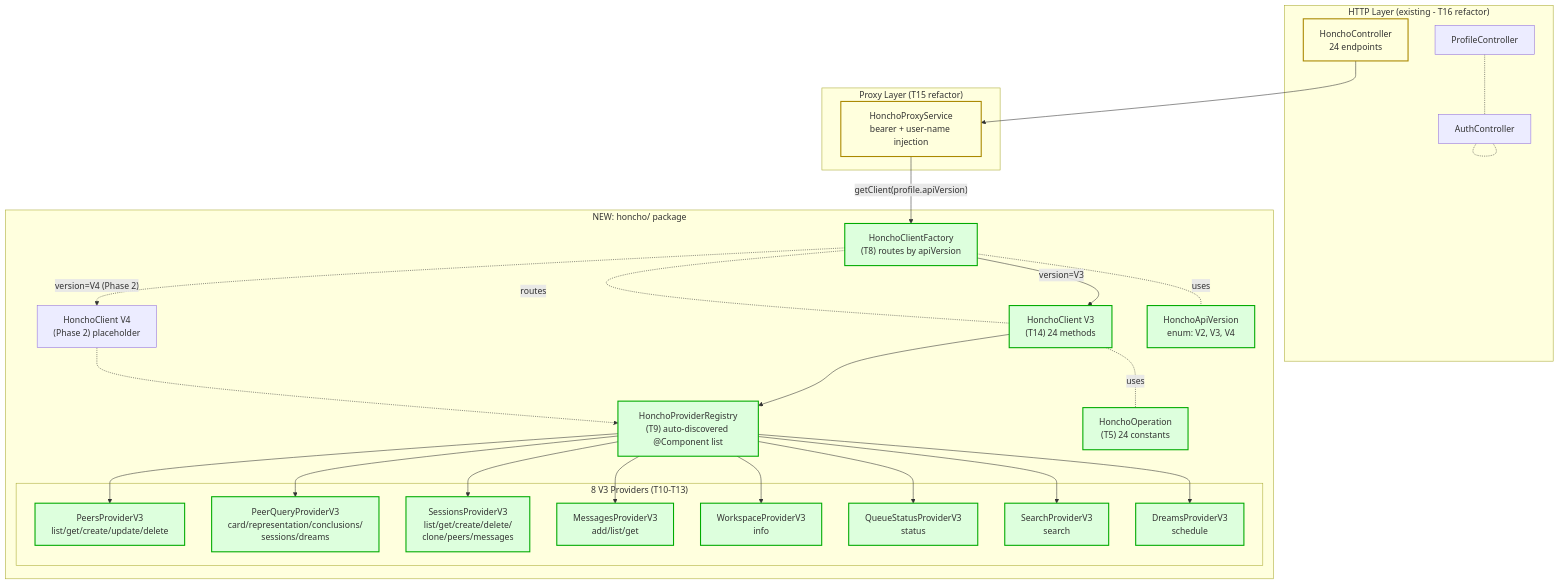
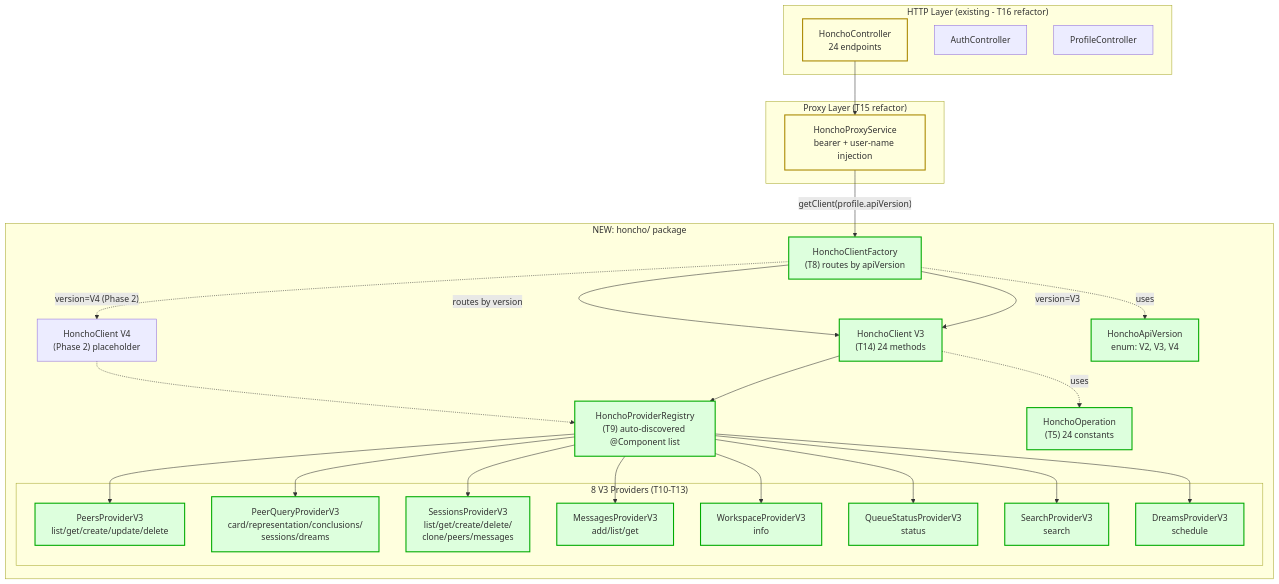
The second of 6 diagrams in .sisyphus/plans/phase-1-openapi-and-workflow-tests.md (cloudbsdorg/honcho-inspector-backend), drawn with Mermaid before and after one commit. The commit also changed 1 other file, not shown here.

Commit message:
fix(diagrams): replace invalid -.- arrows in architecture diagram
Mermaid dotted edges need a terminating ->; patterns like 'AS -.- AS'
and 'PS -.- AS' are silent no-ops (the renderer drops them entirely).
Also replaced '-.uses.-' / '-.routes.-' (non-standard) with explicit
'-.->|"label"|' syntax that renders consistently across all Mermaid
versions including GitHub's renderer.

Added docs/diagrams-preview.html — open in any browser to see all 6
diagrams rendered with Mermaid 11 (same version GitHub uses). Use this
to verify rendering locally if the markdown viewer doesn't show them.

Validated: all 6 diagrams parse cleanly on Mermaid 11 with 0 errors
(via headless puppeteer + mermaid@11 CDN).

````diff
--- a/.sisyphus/plans/phase-1-openapi-and-workflow-tests.md
+++ b/.sisyphus/plans/phase-1-openapi-and-workflow-tests.md
@@ -104,54 +104,54 @@
 ```mermaid
 flowchart TD
   subgraph HTTP["HTTP Layer (existing - T16 refactor)"]
     HC["HonchoController<br/>24 endpoints"]
     AS["AuthController"]
     PS["ProfileController"]
   end
 
   subgraph PROXY["Proxy Layer (T15 refactor)"]
     HPS["HonchoProxyService<br/>bearer + user-name injection"]
   end
 
   subgraph HONCHO["NEW: honcho/ package"]
     HCF["HonchoClientFactory<br/>(T8) routes by apiVersion"]
     HC3["HonchoClient V3<br/>(T14) 24 methods"]
     HC4["HonchoClient V4<br/>(Phase 2) placeholder"]
 
     HPR["HonchoProviderRegistry<br/>(T9) auto-discovered @Component list"]
 
     HAPI["HonchoApiVersion<br/>enum: V2, V3, V4"]
     HOP["HonchoOperation<br/>(T5) 24 constants"]
 
     subgraph V3P["8 V3 Providers (T10-T13)"]
       PP3["PeersProviderV3<br/>list/get/create/update/delete"]
       PQP3["PeerQueryProviderV3<br/>card/representation/conclusions/<br/>sessions/dreams"]
       SP3["SessionsProviderV3<br/>list/get/create/delete/<br/>clone/peers/messages"]
       MP3["MessagesProviderV3<br/>add/list/get"]
       WP3["WorkspaceProviderV3<br/>info"]
       QSP3["QueueStatusProviderV3<br/>status"]
       SHP3["SearchProviderV3<br/>search"]
       DRP3["DreamsProviderV3<br/>schedule"]
     end
   end
 
   HCF -->|"version=V3"| HC3
   HCF -.->|"version=V4 (Phase 2)"| HC4
   HC3 --> HPR
   HC4 -.-> HPR
   HPR --> PP3 & PQP3 & SP3 & MP3 & WP3 & QSP3 & SHP3 & DRP3
 
-  HC3 -.uses.- HOP
-  HCF -.uses.- HAPI
-  HCF -.routes.- HC3
+  HC3 -.->|"uses"| HOP
+  HCF -.->|"uses"| HAPI
+  HCF -->|"routes by version"| HC3
 
   HPS -->|"getClient(profile.apiVersion)"| HCF
   HC --> HPS
-  AS -.- AS
-  PS -.- AS
+
+  classDef new fill:#dfd,stroke:#0a0,stroke-width:2px
 
   classDef new fill:#dfd,stroke:#0a0,stroke-width:2px
   classDef modified fill:#ffd,stroke:#a80,stroke-width:2px
   class HCF,HC3,HPR,HAPI,HOP,PP3,PQP3,SP3,MP3,WP3,QSP3,SHP3,DRP3 new
   class HPS,HC modified
 ```
````
